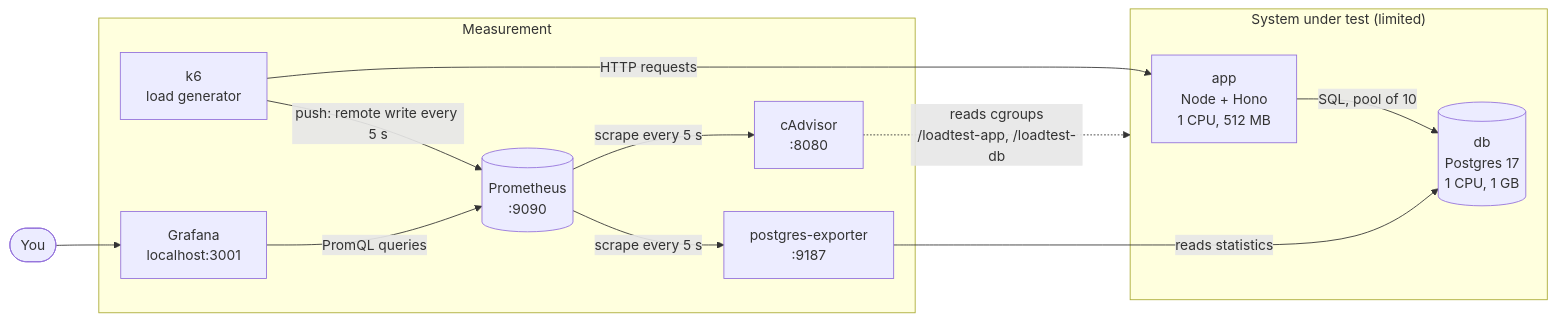
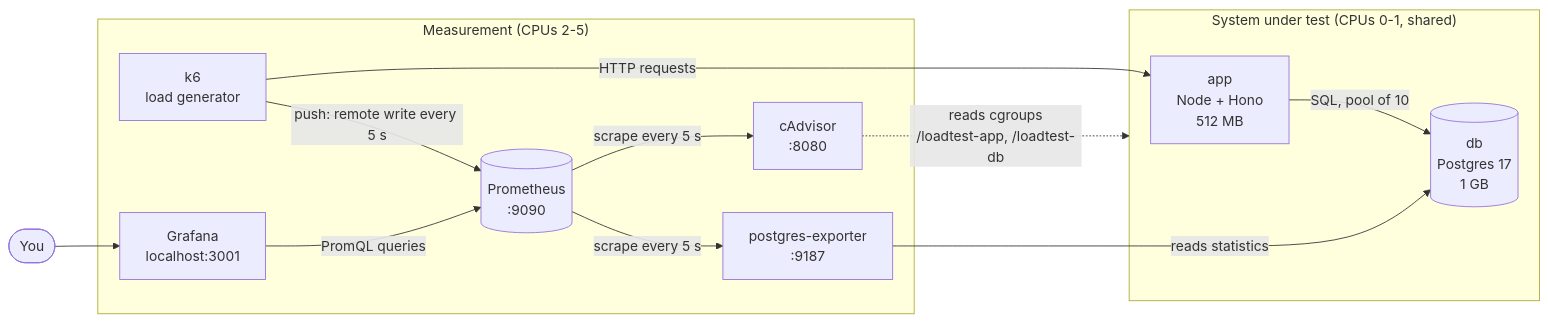
The first of 3 diagrams in loadtest/HOW-IT-WORKS.md (ekazakov/reddit-lite), drawn with Mermaid before and after one commit. The commit also changed other lines of this file and 4 other files, not shown here.

First line of the commit message:
loadtest: share CPUs 0-1 between app and db with cpuset

````diff
--- a/loadtest/HOW-IT-WORKS.md
+++ b/loadtest/HOW-IT-WORKS.md
@@ -11,25 +11,25 @@
 ```mermaid
 flowchart LR
-    subgraph sut["System under test (limited)"]
-        app["app<br/>Node + Hono<br/>1 CPU, 512 MB"]
-        db[("db<br/>Postgres 17<br/>1 CPU, 1 GB")]
+    subgraph sut["System under test (CPUs 0-1, shared)"]
+        app["app<br/>Node + Hono<br/>512 MB"]
+        db[("db<br/>Postgres 17<br/>1 GB")]
         app -- "SQL, pool of 10" --> db
     end
 
-    subgraph measure["Measurement"]
+    subgraph measure["Measurement (CPUs 2-5)"]
         k6["k6<br/>load generator"]
         pgexp["postgres-exporter<br/>:9187"]
         cadv["cAdvisor<br/>:8080"]
         prom[("Prometheus<br/>:9090")]
         graf["Grafana<br/>localhost:3001"]
     end
 
     k6 -- "HTTP requests" --> app
     k6 -- "push: remote write every 5 s" --> prom
     pgexp -- "reads statistics" --> db
     cadv -. "reads cgroups<br/>/loadtest-app, /loadtest-db" .-> sut
     prom -- "scrape every 5 s" --> pgexp
     prom -- "scrape every 5 s" --> cadv
     graf -- "PromQL queries" --> prom
     you(["You"]) --> graf
 ```
````
